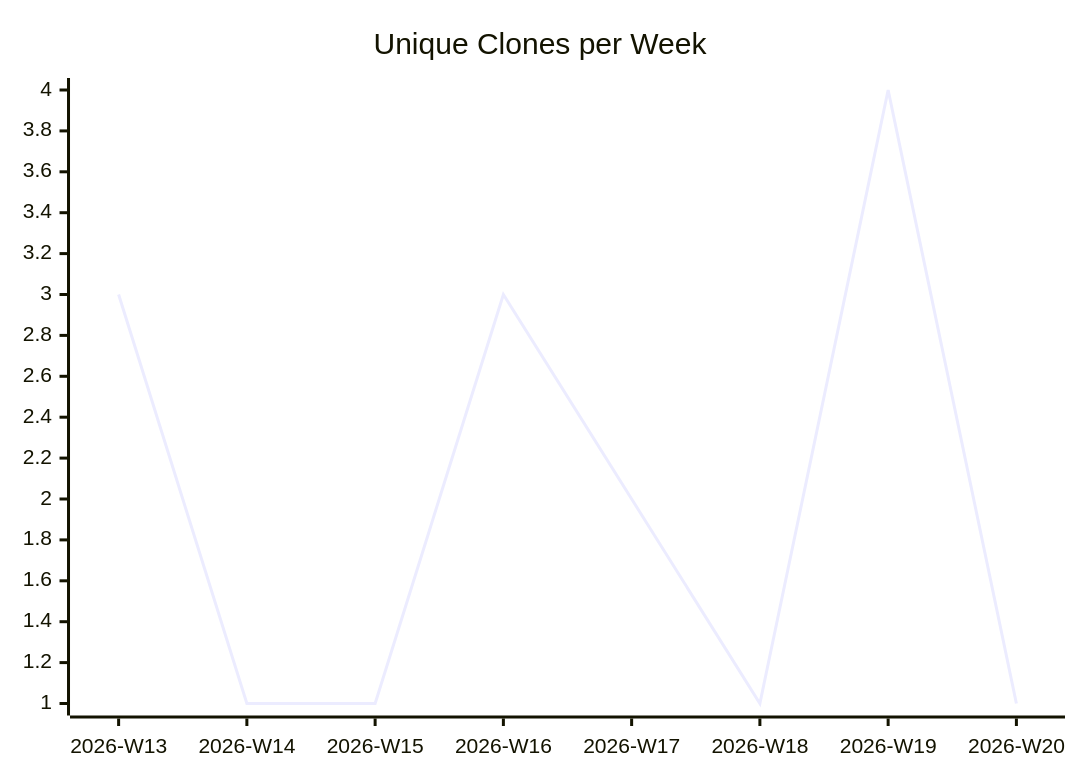
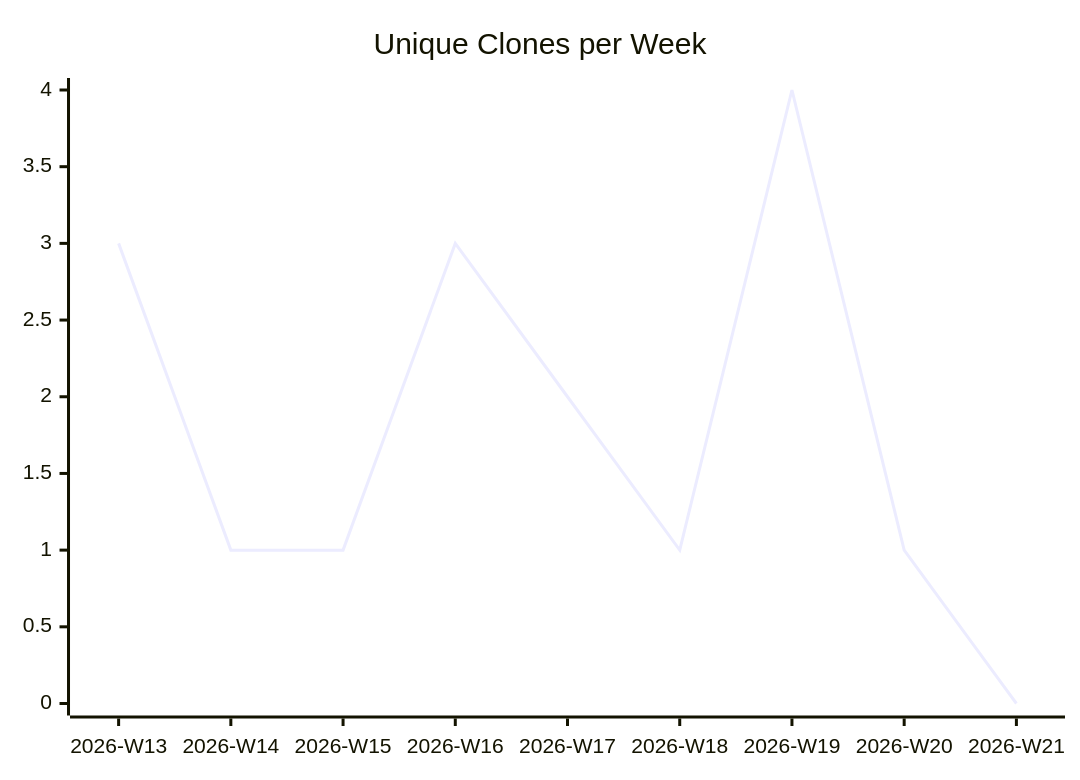
Before and after one commit to justdavis-family/github-analytics-data: the third of 3 diagrams in karlmdavis/test-repo-for-move/README.md, drawn with Mermaid. The commit also changed other lines of this file and 189 other files, not shown here.

````diff
--- a/karlmdavis/test-repo-for-move/README.md
+++ b/karlmdavis/test-repo-for-move/README.md
@@ -19,6 +19,6 @@
 ```mermaid
 xychart-beta
   title "Unique Clones per Week"
-  x-axis ["2026-W13", "2026-W14", "2026-W15", "2026-W16", "2026-W17", "2026-W18", "2026-W19", "2026-W20"]
-  line [3, 1, 1, 3, 2, 1, 4, 1]
+  x-axis ["2026-W13", "2026-W14", "2026-W15", "2026-W16", "2026-W17", "2026-W18", "2026-W19", "2026-W20", "2026-W21"]
+  line [3, 1, 1, 3, 2, 1, 4, 1, 0]
 ```
````
